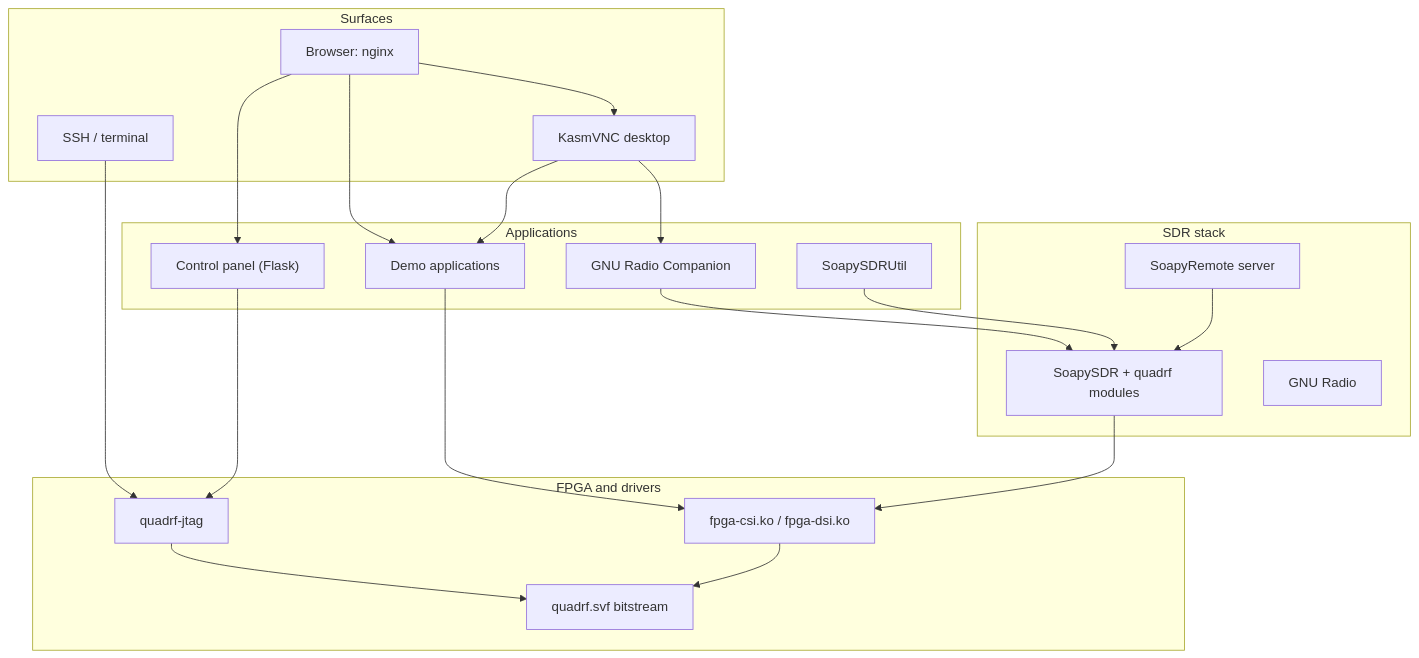
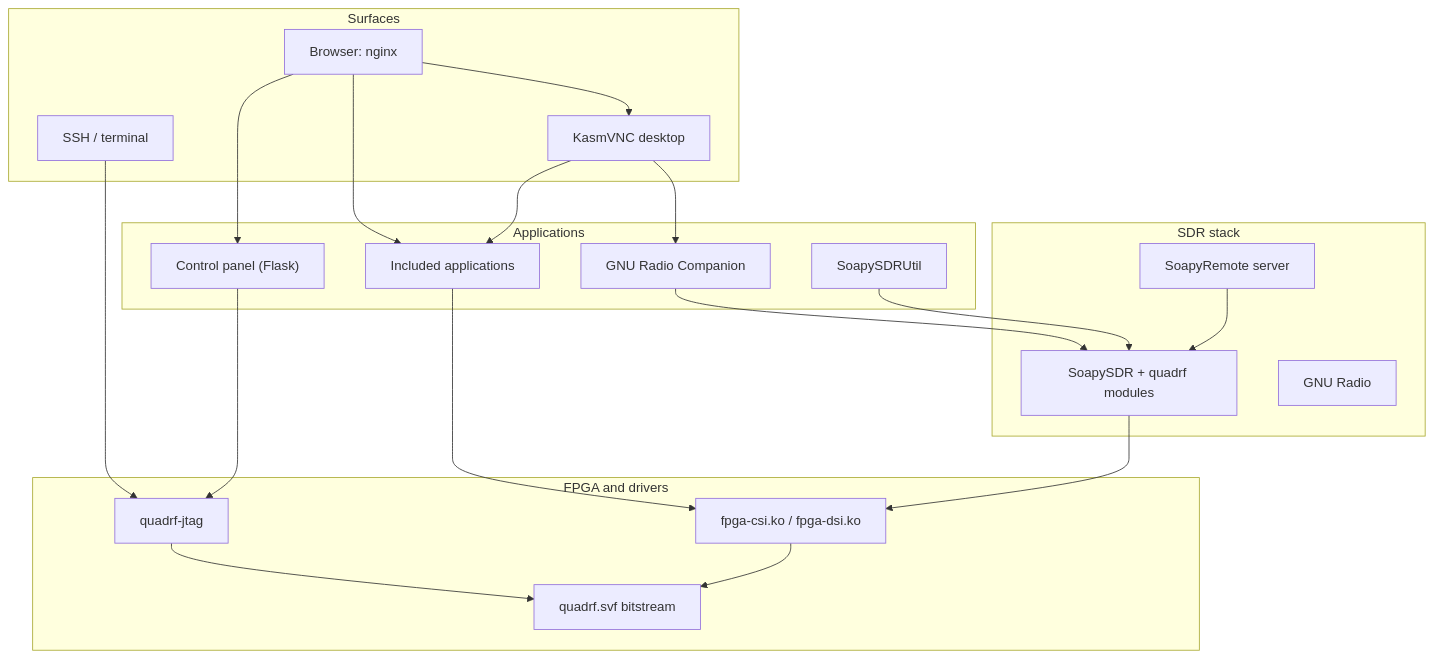
The diagram in docs/overview.md (ScaleRF/QuadRF), drawn with Mermaid before and after one commit. The commit also changed other lines of this file and 48 other files, not shown here.

````diff
--- a/docs/overview.md
+++ b/docs/overview.md
@@ -8,42 +8,42 @@
 ```mermaid
 flowchart TB
   subgraph surfaces["Surfaces"]
     WEB["Browser: nginx"]
     KASM["KasmVNC desktop"]
     TERM["SSH / terminal"]
   end
 
   subgraph apps["Applications"]
     FLASK["Control panel (Flask)"]
-    DEMOS["Demo applications"]
+    DEMOS["Included applications"]
     GRC["GNU Radio Companion"]
     SOAPY_CLI["SoapySDRUtil"]
   end
 
   subgraph sdr["SDR stack"]
     SOAPY["SoapySDR + quadrf modules"]
     GR["GNU Radio"]
     REMOTE["SoapyRemote server"]
   end
 
   subgraph fpga["FPGA and drivers"]
     JTAG["quadrf-jtag"]
     KO["fpga-csi.ko / fpga-dsi.ko"]
     BIT["quadrf.svf bitstream"]
   end
 
   WEB --> FLASK
   WEB --> KASM
   WEB --> DEMOS
   KASM --> DEMOS
   KASM --> GRC
   TERM --> JTAG
   FLASK --> JTAG
   DEMOS --> KO
   GRC --> SOAPY
   SOAPY_CLI --> SOAPY
   REMOTE --> SOAPY
   SOAPY --> KO
   JTAG --> BIT
   KO --> BIT
 ```
````
